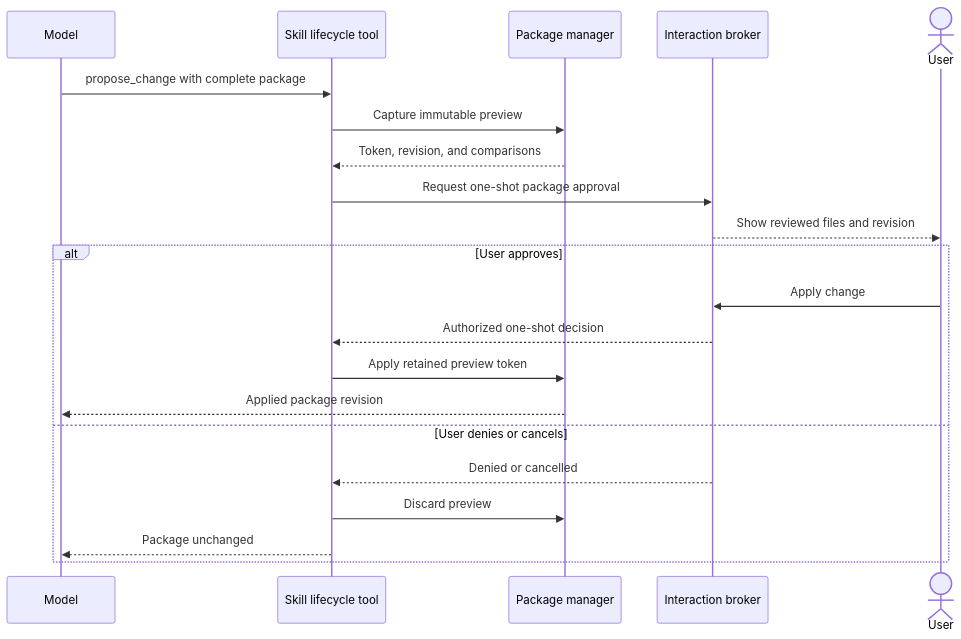
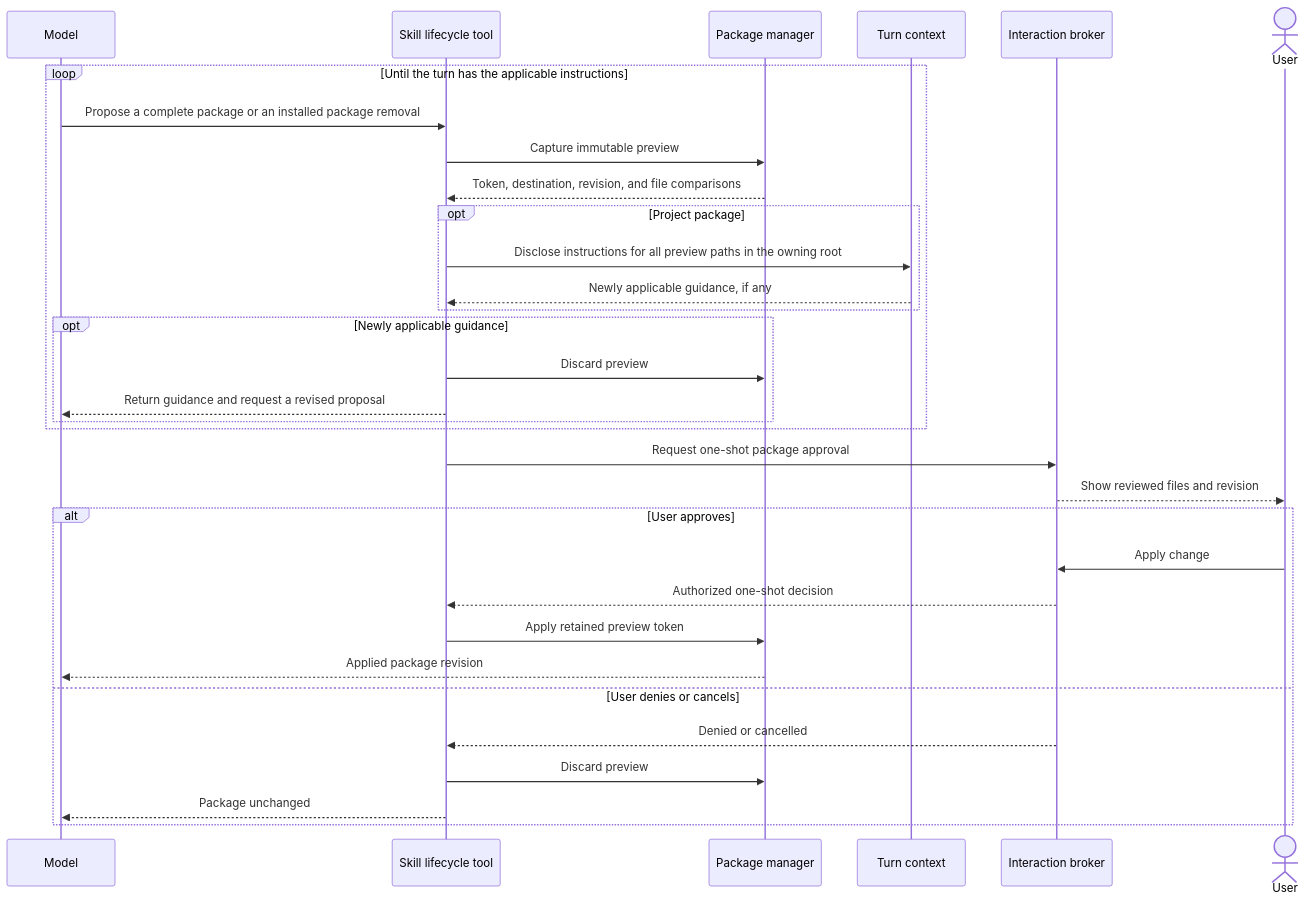
The eighth of 10 diagrams in docs/AGENT_INSTRUCTIONS.md (danceroutine/Glyph), drawn with Mermaid before and after one commit. The commit also changed other lines of this file and 8 other files, not shown here.

Commit message:
Disclose scoped instructions before approving project skill changes

````diff
--- a/docs/AGENT_INSTRUCTIONS.md
+++ b/docs/AGENT_INSTRUCTIONS.md
@@ -343,23 +347,34 @@
 ```mermaid
 sequenceDiagram
     participant Model
     participant Tool as Skill lifecycle tool
     participant Manager as Package manager
+    participant Turn as Turn context
     participant Broker as Interaction broker
     actor User
-    Model->>Tool: propose_change with complete package
-    Tool->>Manager: Capture immutable preview
-    Manager-->>Tool: Token, revision, and comparisons
+    loop Until the turn has the applicable instructions
+        Model->>Tool: Propose a complete package or an installed package removal
+        Tool->>Manager: Capture immutable preview
+        Manager-->>Tool: Token, destination, revision, and file comparisons
+        opt Project package
+            Tool->>Turn: Disclose instructions for all preview paths in the owning root
+            Turn-->>Tool: Newly applicable guidance, if any
+        end
+        opt Newly applicable guidance
+            Tool->>Manager: Discard preview
+            Tool-->>Model: Return guidance and request a revised proposal
+        end
+    end
     Tool->>Broker: Request one-shot package approval
     Broker-->>User: Show reviewed files and revision
     alt User approves
         User->>Broker: Apply change
         Broker-->>Tool: Authorized one-shot decision
         Tool->>Manager: Apply retained preview token
         Manager-->>Model: Applied package revision
     else User denies or cancels
         Broker-->>Tool: Denied or cancelled
         Tool->>Manager: Discard preview
         Tool-->>Model: Package unchanged
     end
 ```
````
